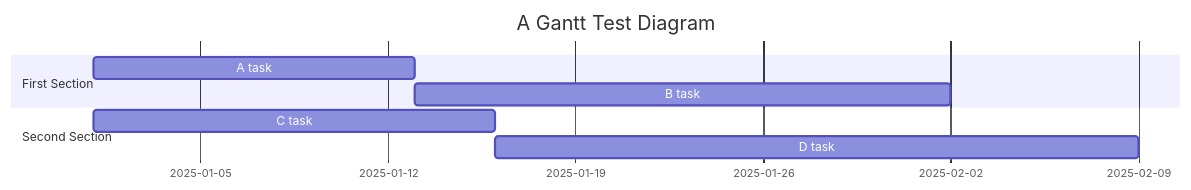
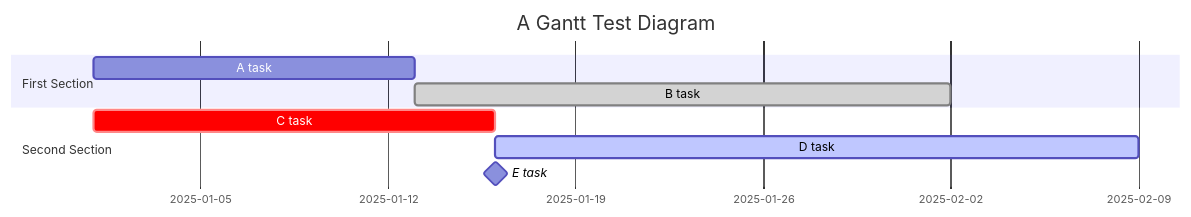
One commit to alexanderlhk/Sandbox changed the ninth of 9 diagrams in MermaidPractice.md. Above: the diagram before and after it, drawn with Mermaid. The commit also changed other lines of this file and 3 other files, not shown here.

````diff
--- a/MermaidPractice.md
+++ b/MermaidPractice.md
@@ -144,11 +144,12 @@
 ```mermaid
 gantt
     title A Gantt Test Diagram
     dateFormat DD-MM-YYYY
     section First Section
         A task : a1, 01-01-2025, 12d
-        B task : after a1, 20d
+        B task : done, after a1, 20d
     section Second Section
-        C task : 01-01-2025, 15d
-        D task : 24d
+        C task : crit, 01-01-2025, 15d
+        D task : active, 24d
+        E task : milestone, 15-01-2025, 2d
 ```
````
